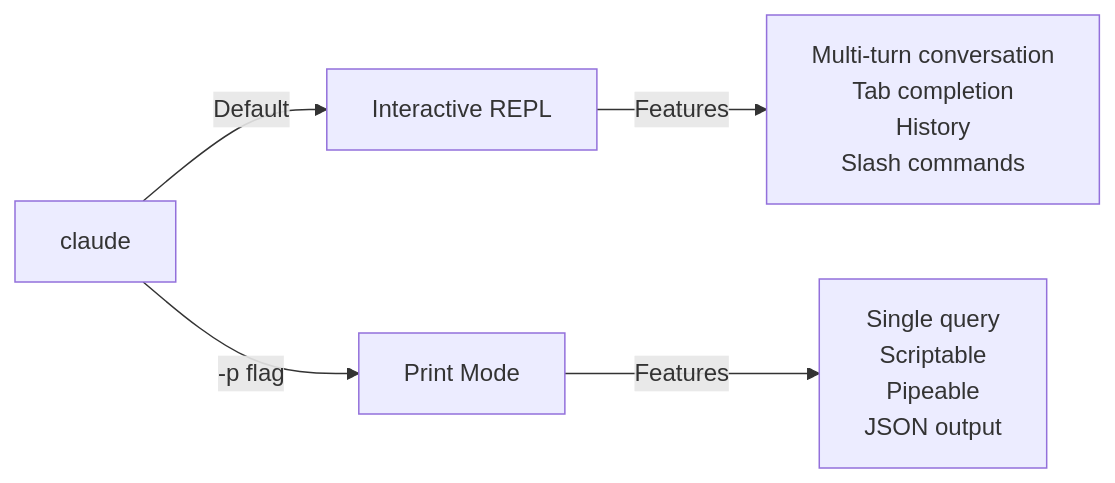
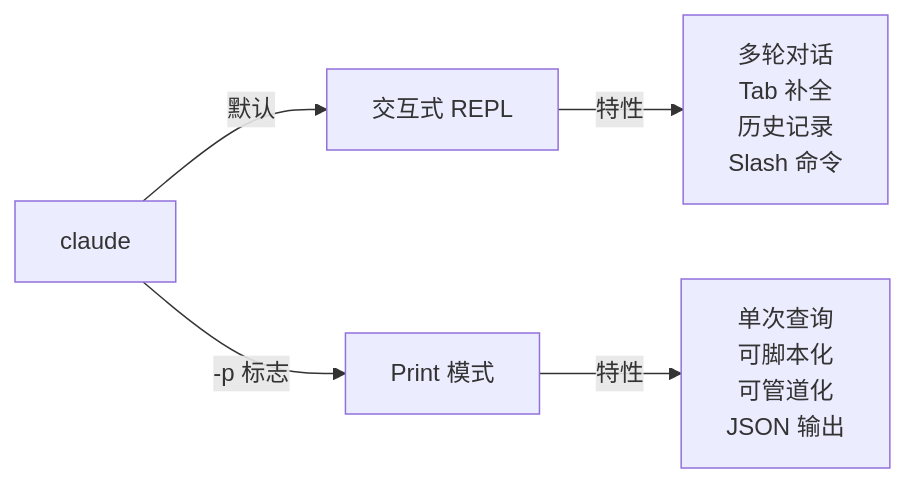
The second of 2 diagrams in 10-cli/README.md (hellojoju/claude-code-lesson), drawn with Mermaid before and after one commit. The commit also changed other lines of this file and 9 other files, not shown here.

````diff
--- a/10-cli/README.md
+++ b/10-cli/README.md
@@ -86,7 +86,7 @@
 ```mermaid
 graph LR
-    A["claude"] -->|Default| B["Interactive REPL"]
-    A -->|"-p flag"| C["Print Mode"]
-    B -->|Features| D["Multi-turn conversation<br>Tab completion<br>History<br>Slash commands"]
-    C -->|Features| E["Single query<br>Scriptable<br>Pipeable<br>JSON output"]
+    A["claude"] -->|默认| B["交互式 REPL"]
+    A -->|"-p 标志"| C["Print 模式"]
+    B -->|特性| D["多轮对话<br>Tab 补全<br>历史记录<br>Slash 命令"]
+    C -->|特性| E["单次查询<br>可脚本化<br>可管道化<br>JSON 输出"]
 ```
````
